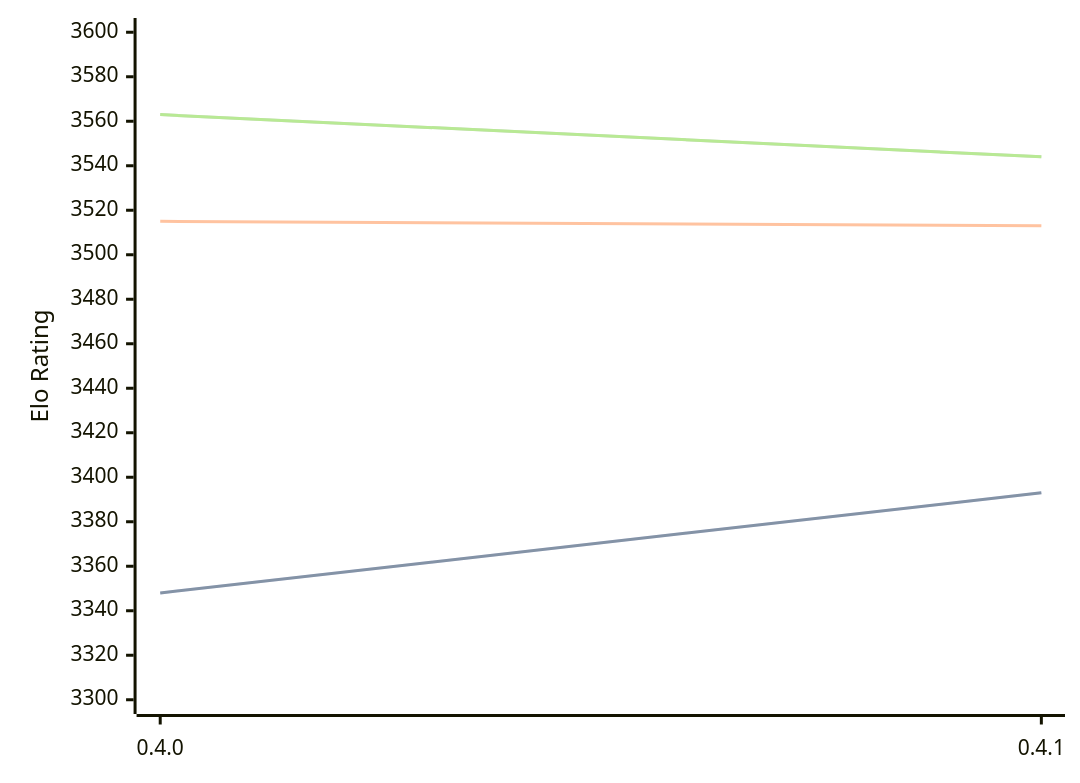
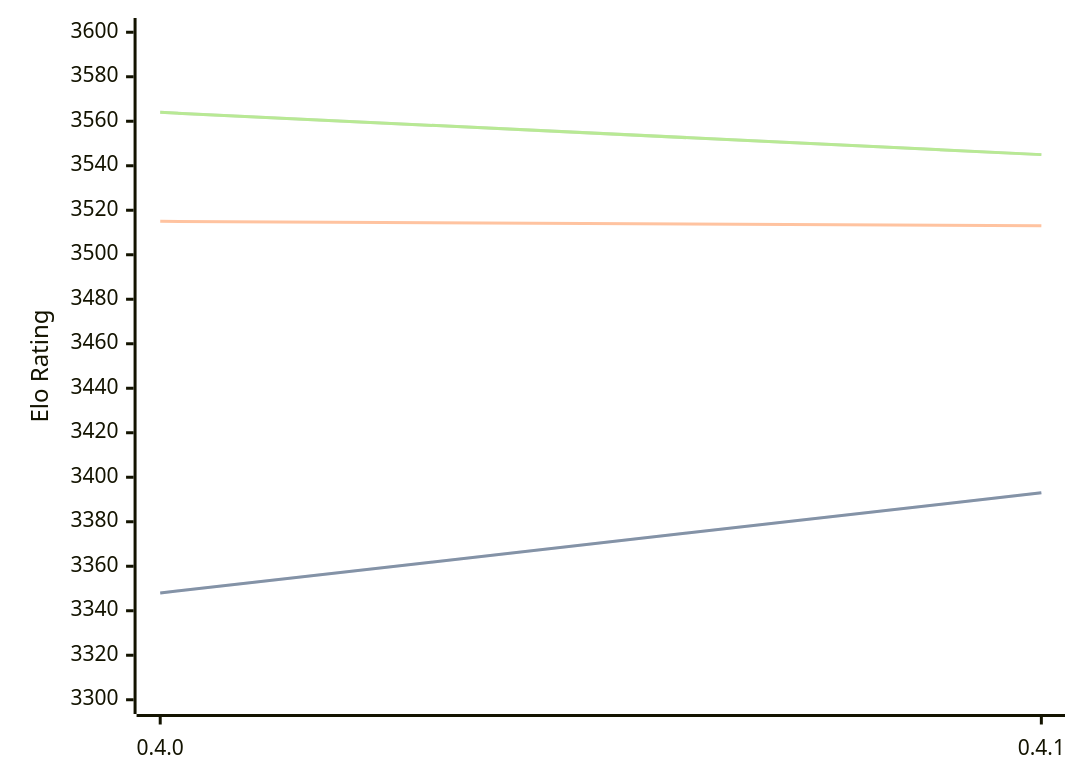
Before and after one commit to computer-chess-index/cci: the diagram in engines/Cinder.md, drawn with Mermaid. The commit also changed other lines of this file, not shown here.

Commit message:
Update CCI Ratings (ELO VLTC) - 2026-04-19

````diff
--- a/engines/Cinder.md
+++ b/engines/Cinder.md
@@ -40,11 +40,11 @@
 ```mermaid
 %%{init: {"theme":"base","themeVariables":{"seriesColors:['#a3a3a3','#222221','#faa371']}}}%%
 xychart-beta
   x-axis ["0.4.0", "0.4.1"]
   y-axis "Elo Rating" 3300 --> 3600
   line "STC (8.0+0.08s)" [3348, 3393]
   line "STC (8.0+0.08s)" [3348, 3393]
   line "LTC (60.0+0.60s)" [3515, 3513]
-  line "VLTC (2m24s+1.12s)" [3563, 3544]
-  line "VLTC (2m24s+1.12s)" [3563, 3544]
+  line "VLTC (2m24s+1.12s)" [3564, 3545]
+  line "VLTC (2m24s+1.12s)" [3564, 3545]
 ```
````
